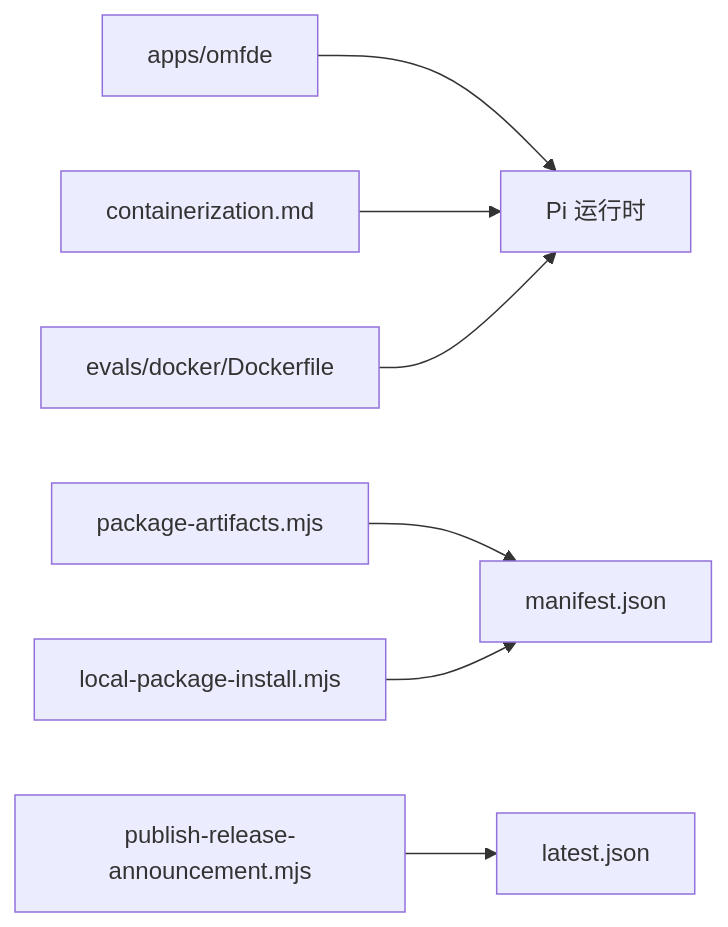
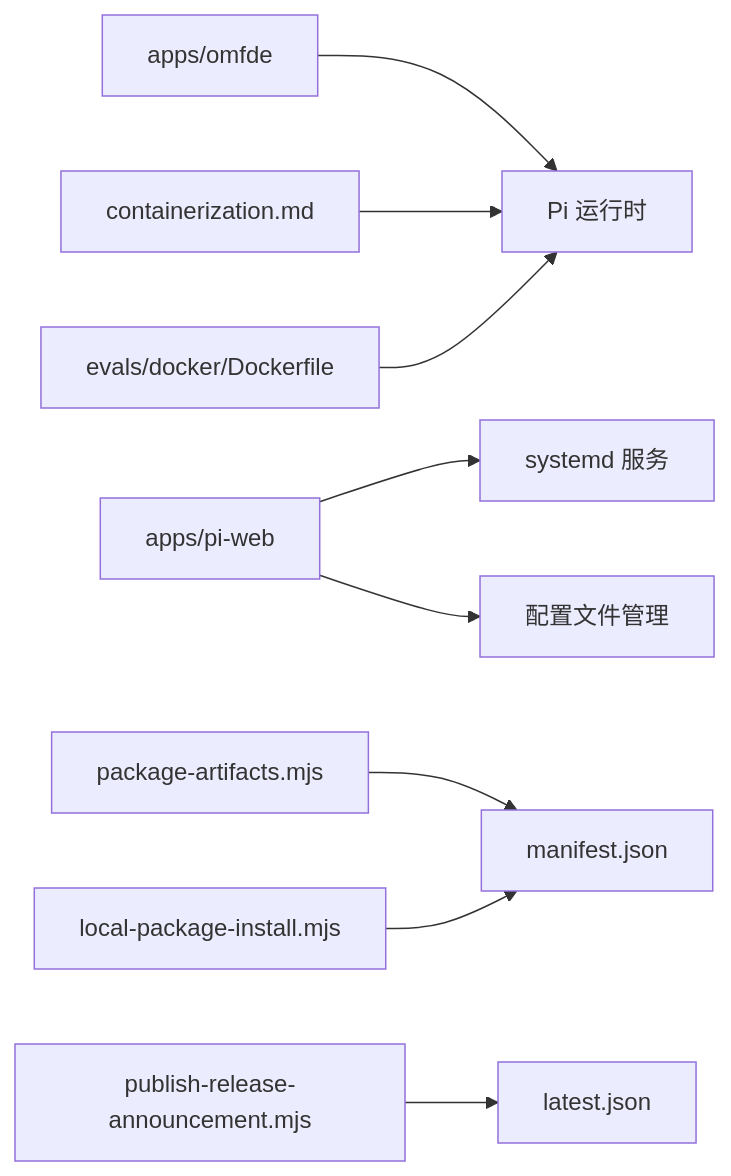
The ninth of 9 diagrams in .qoder/repowiki/zh/content/部署与运维/部署与运维.md (FDE-GROUP/oh-my-coding-agent), drawn with Mermaid before and after one commit. The commit also changed other lines of this file and 410 other files, not shown here.

````diff
--- a/.qoder/repowiki/zh/content/部署与运维/部署与运维.md
+++ b/.qoder/repowiki/zh/content/部署与运维/部署与运维.md
@@ -217,9 +314,11 @@
 ```mermaid
 graph LR
 OMFD["apps/omfde"] --> PI["Pi 运行时"]
+WEB["apps/pi-web"] --> SYSTEMD["systemd 服务"]
+WEB --> CONFIG["配置文件管理"]
 DOC["containerization.md"] --> PI
 DF["evals/docker/Dockerfile"] --> PI
 PA["package-artifacts.mjs"] --> MAN["manifest.json"]
 LPI["local-package-install.mjs"] --> MAN
 PRA["publish-release-announcement.mjs"] --> LATEST["latest.json"]
 ```
````
